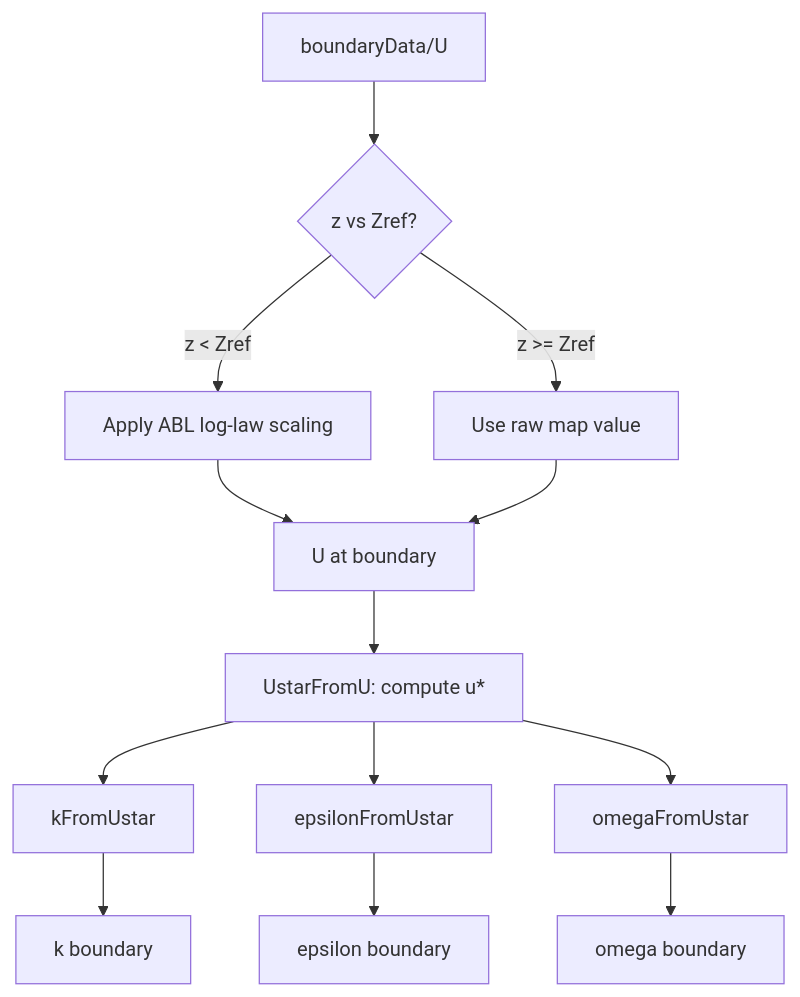
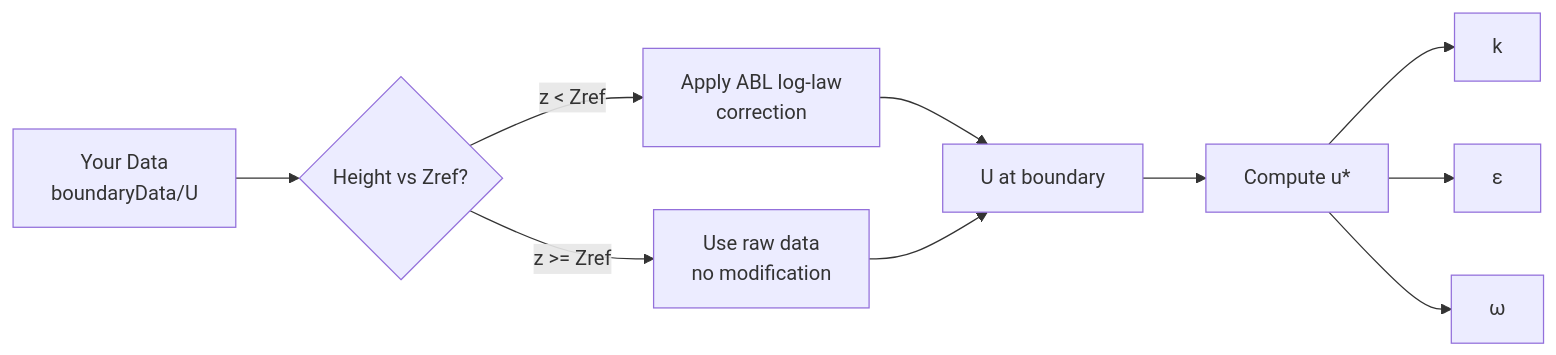
One commit to runinchaos/atmBoundaryLayerMapped changed the first of 2 diagrams in README.md. Above: the diagram before and after it, drawn with Mermaid. The commit also changed other lines of this file, not shown here.

````diff
--- a/README.md
+++ b/README.md
@@ -18,15 +19,12 @@
 ```mermaid
-flowchart TD
-    A[boundaryData/U] --> B{z vs Zref?}
-    B -->|z < Zref| C[Apply ABL log-law scaling]
-    B -->|z >= Zref| D[Use raw map value]
+flowchart LR
+    A[Your Data<br/>boundaryData/U] --> B{Height vs Zref?}
+    B -->|z < Zref| C[Apply ABL log-law<br/>correction]
+    B -->|z >= Zref| D[Use raw data<br/>no modification]
     C --> E[U at boundary]
     D --> E
-    E --> F[UstarFromU: compute u*]
-    F --> G[kFromUstar]
-    F --> H[epsilonFromUstar]
-    F --> I[omegaFromUstar]
-    G --> J[k boundary]
-    H --> K[epsilon boundary]
-    I --> L[omega boundary]
+    E --> F[Compute u*]
+    F --> G[k]
+    F --> H[ε]
+    F --> I[ω]
 ```
````
